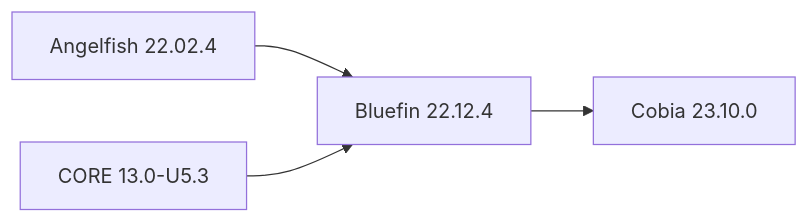
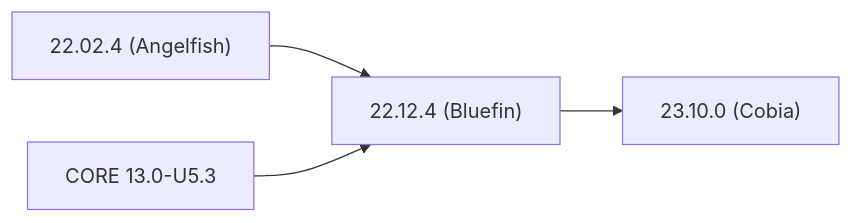
Before and after one commit to truenas/documentation: the first of 2 diagrams in content/GettingStarted/SCALEReleaseNotes.md, drawn with Mermaid. The commit also changed other lines of this file and 1 other file, not shown here.

````diff
--- a/content/GettingStarted/SCALEReleaseNotes.md
+++ b/content/GettingStarted/SCALEReleaseNotes.md
@@ -106,8 +106,8 @@
 ```mermaid
 flowchart LR
 
-A[Angelfish 22.02.4] --> C
+A["22.02.4 (Angelfish)"] --> C
 B[CORE 13.0-U5.3] --> C
-C[Bluefin 22.12.4] --> D
-D[Cobia 23.10.0]
+C["22.12.4 (Bluefin)"] --> D
+D["23.10.0 (Cobia)"]
 ```
````
